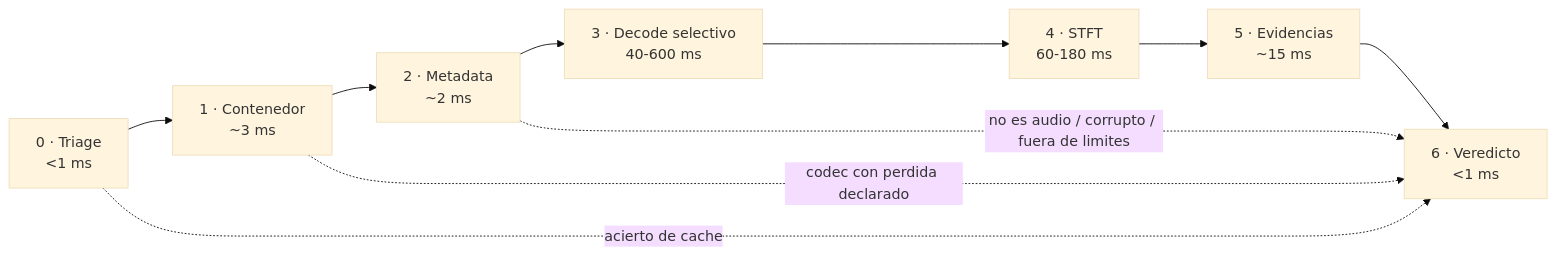
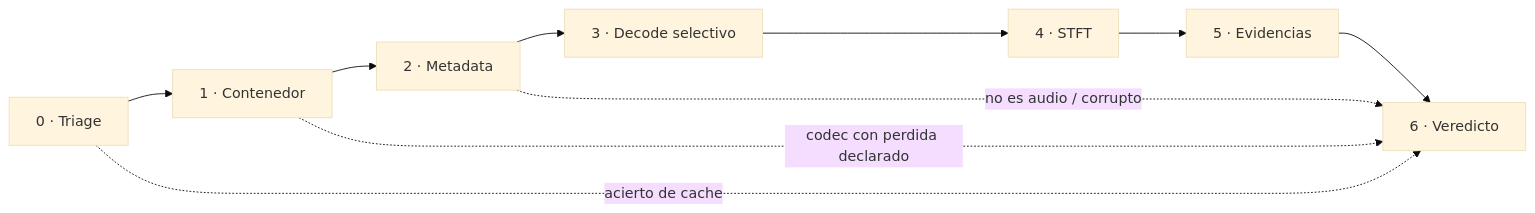
The second of 2 diagrams in docs/PLAN_ARQUITECTURA.md (feelinpay/bdjstudioaudioanalyzer), drawn with Mermaid (base theme) before and after one commit. The commit also changed other lines of this file and 14 other files, not shown here.

````diff
--- a/docs/PLAN_ARQUITECTURA.md
+++ b/docs/PLAN_ARQUITECTURA.md
@@ -204,12 +211,7 @@
 ```mermaid
 flowchart LR
-  E0["0 · Triage<br/>&lt;1 ms"] --> E1["1 · Contenedor<br/>~3 ms"]
-  E1 --> E2["2 · Metadata<br/>~2 ms"]
-  E2 --> E3["3 · Decode selectivo<br/>40-600 ms"]
-  E3 --> E4["4 · STFT<br/>60-180 ms"]
-  E4 --> E5["5 · Evidencias<br/>~15 ms"]
-  E5 --> E6["6 · Veredicto<br/>&lt;1 ms"]
+  E0["0 · Triage"] --> E1["1 · Contenedor"] --> E2["2 · Metadata"] --> E3["3 · Decode selectivo"] --> E4["4 · STFT"] --> E5["5 · Evidencias"] --> E6["6 · Veredicto"]
   E0 -.->|"acierto de cache"| E6
   E1 -.->|"codec con perdida declarado"| E6
-  E2 -.->|"no es audio / corrupto / fuera de limites"| E6
+  E2 -.->|"no es audio / corrupto"| E6
 ```
````
